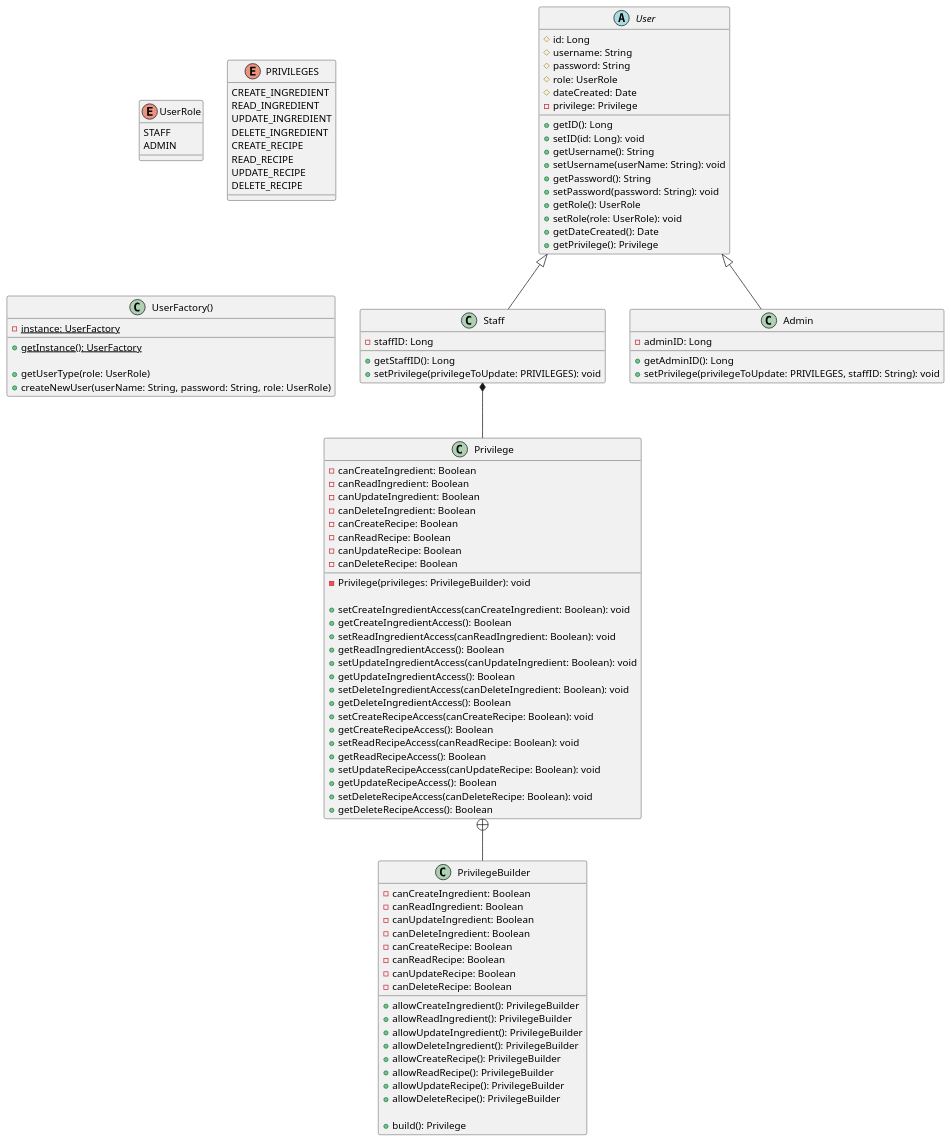
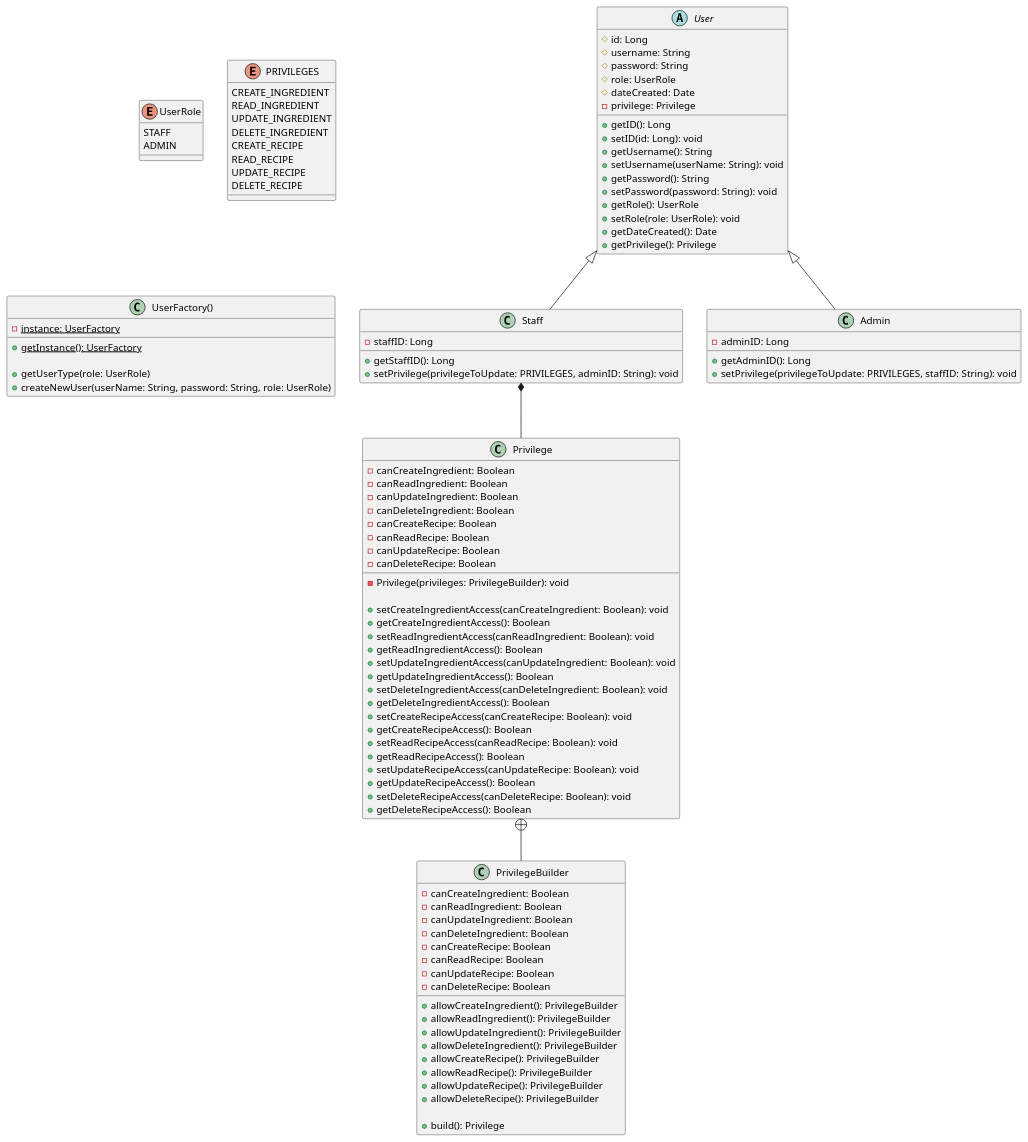
Before and after one commit to AlanCortez1337/cs5800-project: the diagram in backend/src/documentation/classDiagrams/UserModels.puml, drawn with PlantUML. The commit also changed 1 other file, not shown here.

Commit message:
Update class diagram models

```diff
--- a/backend/src/documentation/classDiagrams/UserModels.puml
+++ b/backend/src/documentation/classDiagrams/UserModels.puml
@@ -1,120 +1,120 @@
 @startuml
 'https://plantuml.com/class-diagram
 
 enum UserRole {
     STAFF
     ADMIN
 }
 
 enum PRIVILEGES {
     CREATE_INGREDIENT
     READ_INGREDIENT
     UPDATE_INGREDIENT
     DELETE_INGREDIENT
     CREATE_RECIPE
     READ_RECIPE
     UPDATE_RECIPE
     DELETE_RECIPE
 }
 
 abstract User {
     # id: Long
     # username: String
     # password: String
     # role: UserRole
     # dateCreated: Date
     - privilege: Privilege
 
     + getID(): Long
     + setID(id: Long): void
     + getUsername(): String
     + setUsername(userName: String): void
     + getPassword(): String
     + setPassword(password: String): void
     + getRole(): UserRole
     + setRole(role: UserRole): void
     + getDateCreated(): Date
     + getPrivilege(): Privilege
 }
 
 class Privilege {
     - canCreateIngredient: Boolean
     - canReadIngredient: Boolean
     - canUpdateIngredient: Boolean
     - canDeleteIngredient: Boolean
     - canCreateRecipe: Boolean
     - canReadRecipe: Boolean
     - canUpdateRecipe: Boolean
     - canDeleteRecipe: Boolean
 
     - Privilege(privileges: PrivilegeBuilder): void
 
     + setCreateIngredientAccess(canCreateIngredient: Boolean): void
     + getCreateIngredientAccess(): Boolean
     + setReadIngredientAccess(canReadIngredient: Boolean): void
     + getReadIngredientAccess(): Boolean
     + setUpdateIngredientAccess(canUpdateIngredient: Boolean): void
     + getUpdateIngredientAccess(): Boolean
     + setDeleteIngredientAccess(canDeleteIngredient: Boolean): void
     + getDeleteIngredientAccess(): Boolean
     + setCreateRecipeAccess(canCreateRecipe: Boolean): void
     + getCreateRecipeAccess(): Boolean
     + setReadRecipeAccess(canReadRecipe: Boolean): void
     + getReadRecipeAccess(): Boolean
     + setUpdateRecipeAccess(canUpdateRecipe: Boolean): void
     + getUpdateRecipeAccess(): Boolean
     + setDeleteRecipeAccess(canDeleteRecipe: Boolean): void
     + getDeleteRecipeAccess(): Boolean
 }
 
 class PrivilegeBuilder {
     - canCreateIngredient: Boolean
     - canReadIngredient: Boolean
     - canUpdateIngredient: Boolean
     - canDeleteIngredient: Boolean
     - canCreateRecipe: Boolean
     - canReadRecipe: Boolean
     - canUpdateRecipe: Boolean
     - canDeleteRecipe: Boolean
 
     + allowCreateIngredient(): PrivilegeBuilder
     + allowReadIngredient(): PrivilegeBuilder
     + allowUpdateIngredient(): PrivilegeBuilder
     + allowDeleteIngredient(): PrivilegeBuilder
     + allowCreateRecipe(): PrivilegeBuilder
     + allowReadRecipe(): PrivilegeBuilder
     + allowUpdateRecipe(): PrivilegeBuilder
     + allowDeleteRecipe(): PrivilegeBuilder
 
     + build(): Privilege
 }
 
 Privilege +-- PrivilegeBuilder
 
 class Staff {
     - staffID: Long
 
     + getStaffID(): Long
-    + setPrivilege(privilegeToUpdate: PRIVILEGES): void
+    + setPrivilege(privilegeToUpdate: PRIVILEGES, adminID: String): void
 }
 
 class Admin {
     - adminID: Long
 
     + getAdminID(): Long
     + setPrivilege(privilegeToUpdate: PRIVILEGES, staffID: String): void
 }
 
 class UserFactory() {
     - {static} instance: UserFactory
     + {static} getInstance(): UserFactory
 
     + getUserType(role: UserRole)
     + createNewUser(userName: String, password: String, role: UserRole)
 }
 
 Staff *-- Privilege
 User <|-- Staff
 User <|-- Admin
 
 @enduml
```
